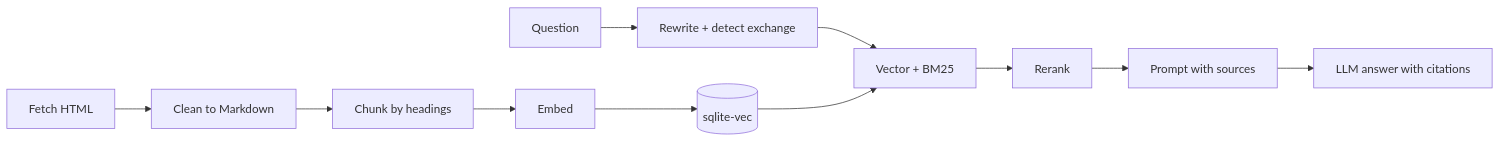
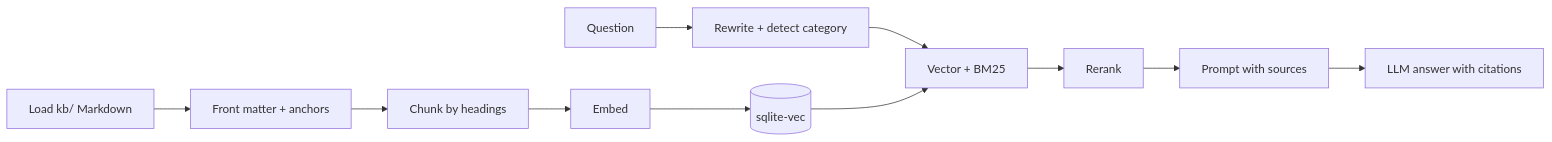
One commit to olgln/ai-engineer-cookbook changed the diagram in book/AIL-59.md. Above: the diagram before and after it, drawn with Mermaid. The commit also changed other lines of this file and 4 other files, not shown here.

````diff
--- a/book/AIL-59.md
+++ b/book/AIL-59.md
@@ -180,6 +180,6 @@
 ```mermaid
 flowchart LR
-  A[Fetch HTML] --> B[Clean to Markdown] --> C[Chunk by headings] --> D[Embed] --> E[(sqlite-vec)]
-  Q[Question] --> R[Rewrite + detect exchange] --> S[Vector + BM25] --> T[Rerank] --> P[Prompt with sources] --> L[LLM answer with citations]
+  A[Load kb/ Markdown] --> B[Front matter + anchors] --> C[Chunk by headings] --> D[Embed] --> E[(sqlite-vec)]
+  Q[Question] --> R[Rewrite + detect category] --> S[Vector + BM25] --> T[Rerank] --> P[Prompt with sources] --> L[LLM answer with citations]
   E --> S
 ```
````
